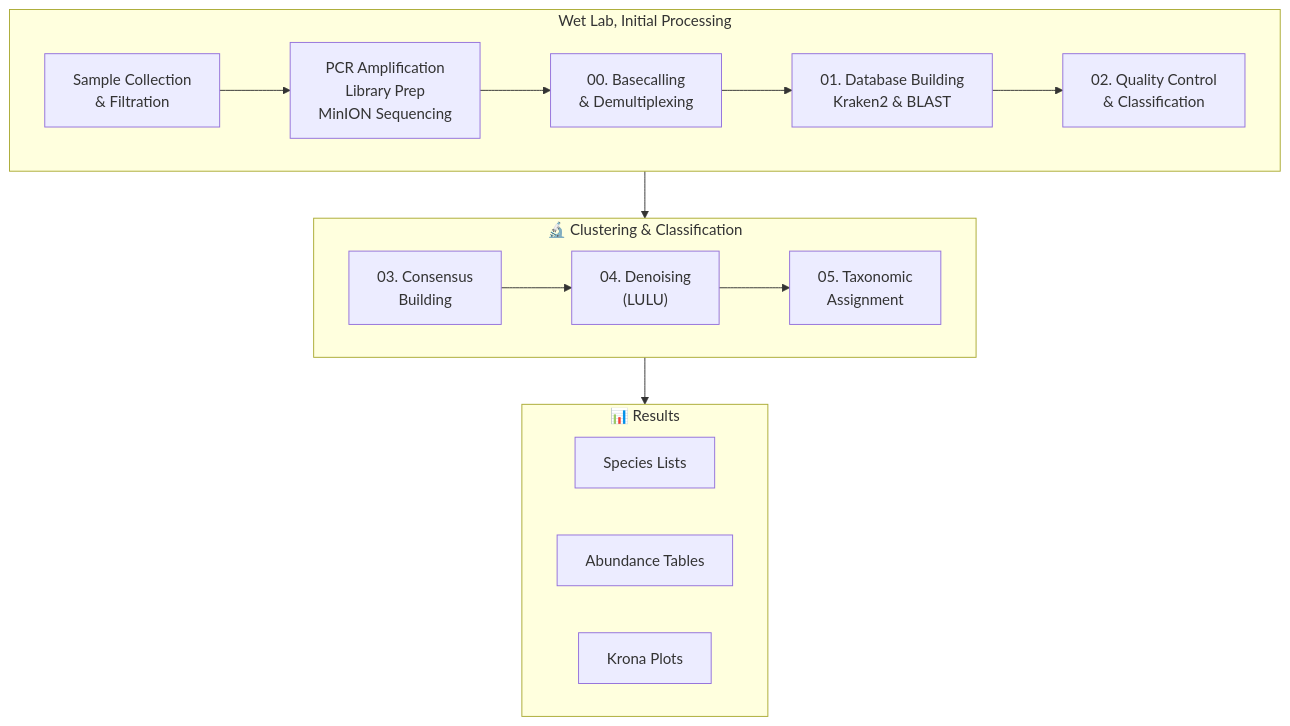
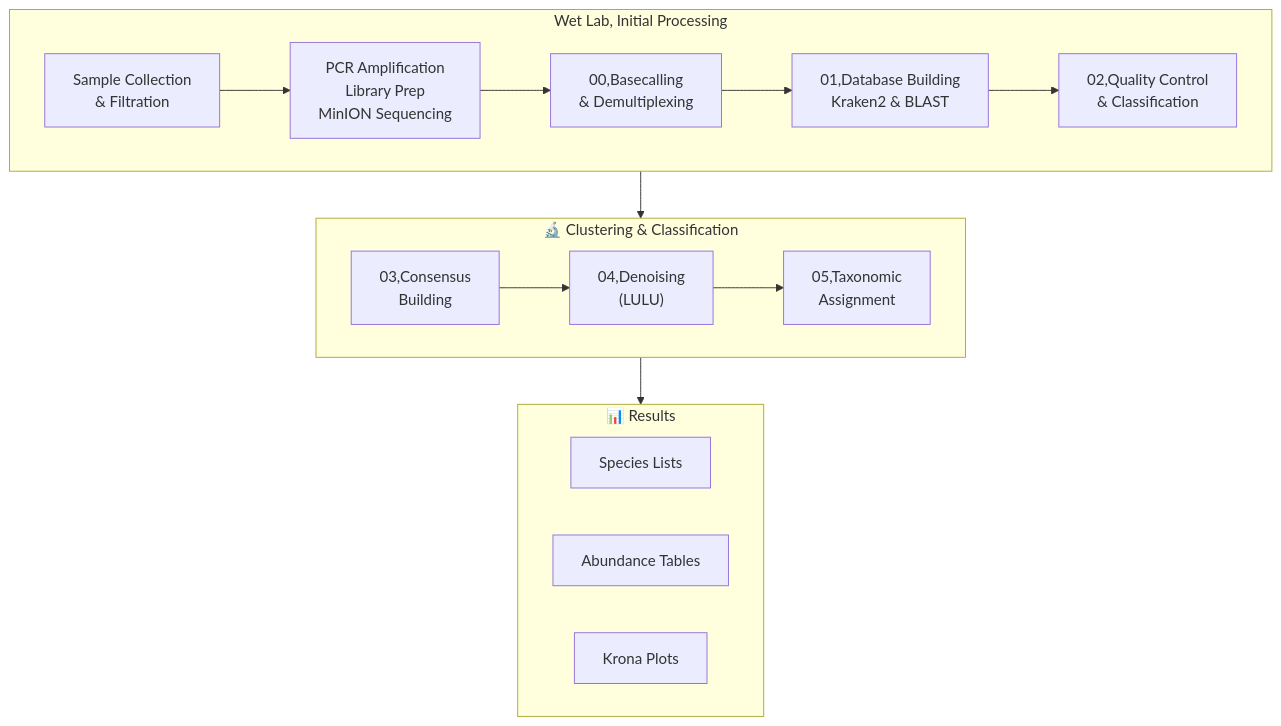
The first of 2 diagrams in README.md (piedna/DeCodeDNA), drawn with Mermaid before and after one commit.

````diff
--- a/README.md
+++ b/README.md
@@ -87,35 +87,35 @@
 ```mermaid
 flowchart TB
   %% Top row: Wet lab → Basecalling → Database → Classification
   subgraph wetlab ["Wet Lab, Initial Processing"]
     direction LR
     A["Sample Collection<br/>& Filtration"] 
     B["PCR Amplification<br/>Library Prep<br/>MinION Sequencing"]
-    C["00. Basecalling<br/>& Demultiplexing"]
-    D["01. Database Building<br/>Kraken2 & BLAST"]
-    E["02. Quality Control<br/>& Classification"]
+    C["00,Basecalling<br/>& Demultiplexing"]
+    D["01,Database Building<br/>Kraken2 & BLAST"]
+    E["02,Quality Control<br/>& Classification"]
     A --> B --> C --> D --> E
   end
 
   %% Bottom row: Consensus → Denoise → Taxonomy
   subgraph analysis ["🔬 Clustering & Classification"]
     direction LR
-    F["03. Consensus<br/>Building"]
-    G["04. Denoising<br/>(LULU)"]
-    H["05. Taxonomic<br/>Assignment"]
+    F["03,Consensus<br/>Building"]
+    G["04,Denoising<br/>(LULU)"]
+    H["05,Taxonomic<br/>Assignment"]
     F --> G --> H
   end
 
   %% Connect the two rows
   E --> F
 
   %% Final outputs
   subgraph results ["📊 Results"]
     direction LR
     I["Species Lists"]
     J["Abundance Tables"] 
     K["Krona Plots"]
   end
   
   H --> results
 ```
````
